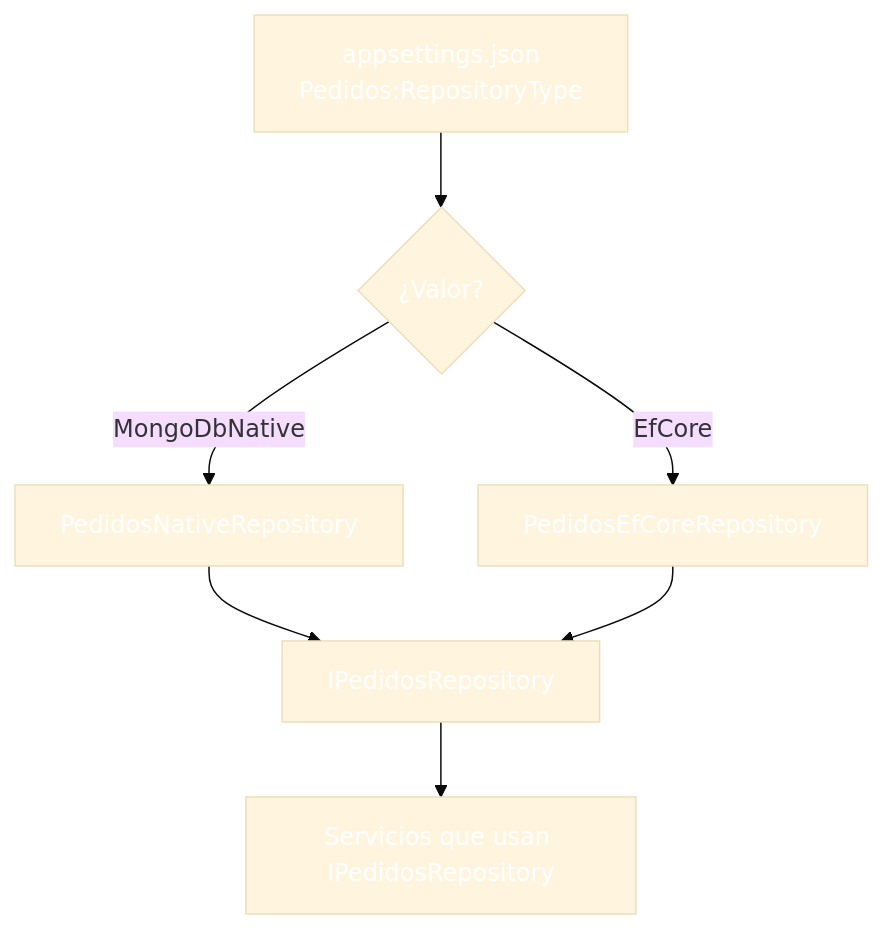
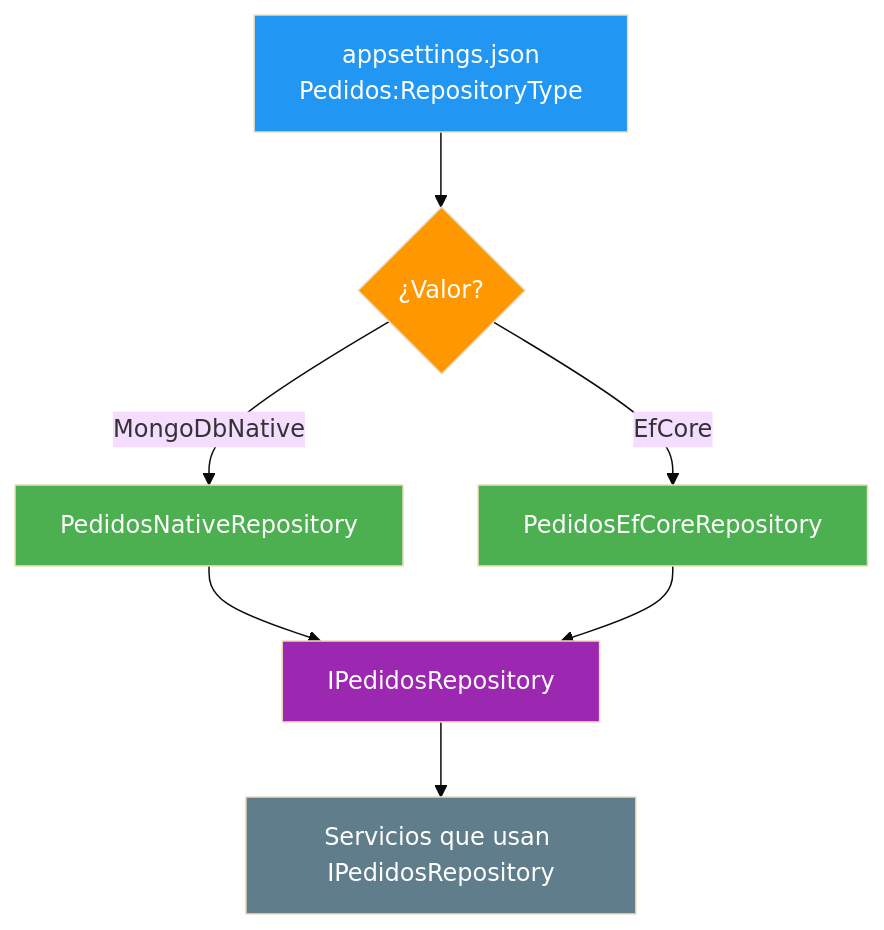
One commit to joseluisgs/DesarrolloWebEntornosServidor-02-2026-2027 changed the fourth of 5 diagrams in 06-inyeccion-dependencias.md. Above: the diagram before and after it, drawn with Mermaid (base theme). The commit also changed other lines of this file and 29 other files, not shown here.

Commit message:
docs: corregir estilos Mermaid y estilo, quitar referencias a la Tienda y reestructurar los retos 13 y 15

````diff
--- a/06-inyeccion-dependencias.md
+++ b/06-inyeccion-dependencias.md
@@ -659,16 +659,16 @@
 ```mermaid
 flowchart TD
     A["appsettings.json<br/>Pedidos:RepositoryType"] --> B{"¿Valor?"}
     B -->|MongoDbNative| C["PedidosNativeRepository"]
     B -->|EfCore| D["PedidosEfCoreRepository"]
     C --> E["IPedidosRepository"]
     D --> E
     E --> F["Servicios que usan IPedidosRepository"]
 
-    style A fill:#2196F,color:#fff3,color:#fff
-    style B fill:#FF980,color:#fff0,color:#fff
-    style C fill:#4CAF5,color:#fff0,color:#fff
-    style D fill:#4CAF5,color:#fff0,color:#fff
-    style E fill:#9C27B,color:#fff0,color:#fff
-    style F fill:#607D8,color:#fffB,color:#fff
+    style A fill:#2196F3,color:#fff
+    style B fill:#FF9800,color:#fff
+    style C fill:#4CAF50,color:#fff
+    style D fill:#4CAF50,color:#fff
+    style E fill:#9C27B0,color:#fff
+    style F fill:#607D8B,color:#fff
 ```
````
